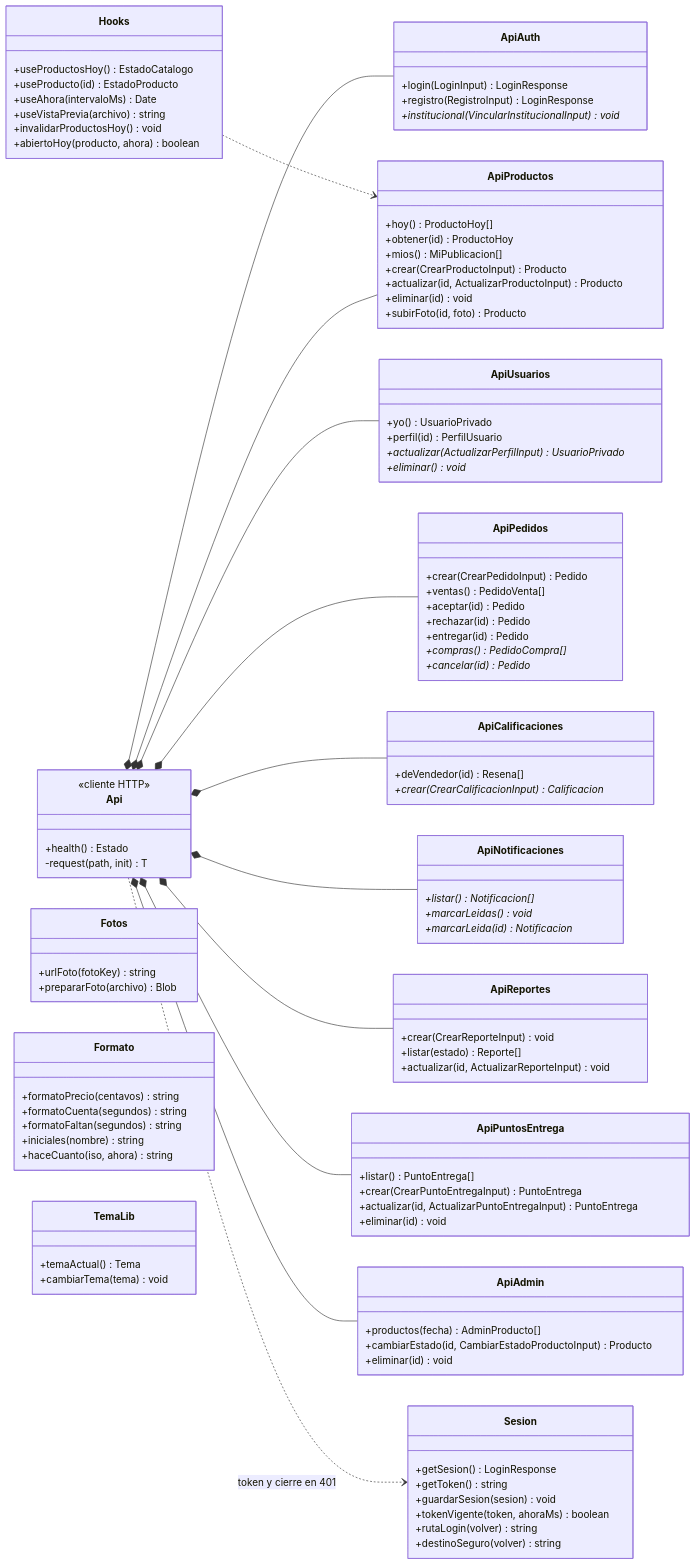
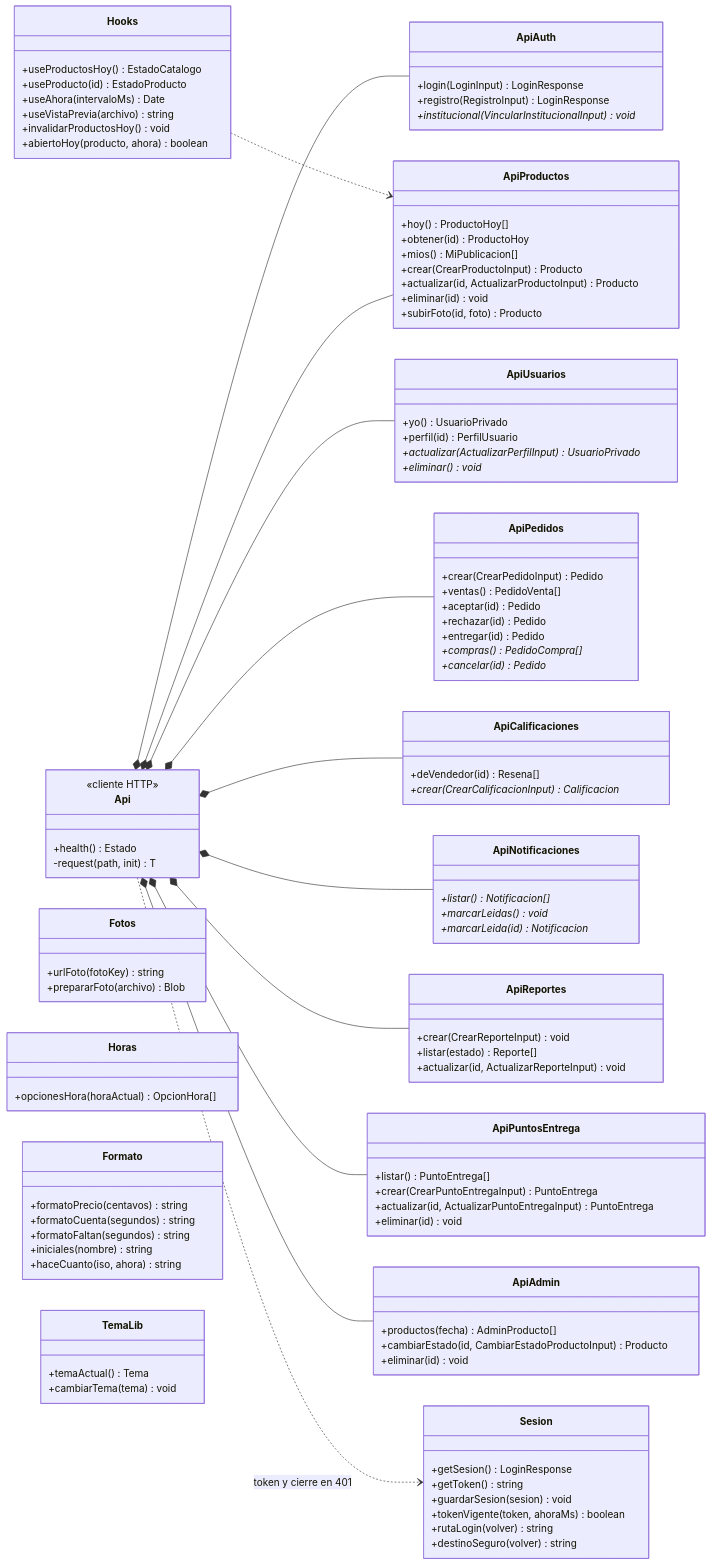
One commit to FranqZD/Shopsitov2 changed the seventh of 14 diagrams in docs/WIKI.md. Above: the diagram before and after it, drawn with Mermaid. The commit also changed 4 other files, not shown here.

```diff
--- a/docs/WIKI.md
+++ b/docs/WIKI.md
@@ -539,6 +539,9 @@
         +urlFoto(fotoKey) string
         +prepararFoto(archivo) Blob
     }
+    class Horas {
+        +opcionesHora(horaActual) OpcionHora[]
+    }
     class Formato {
         +formatoPrecio(centavos) string
         +formatoCuenta(segundos) string
```
